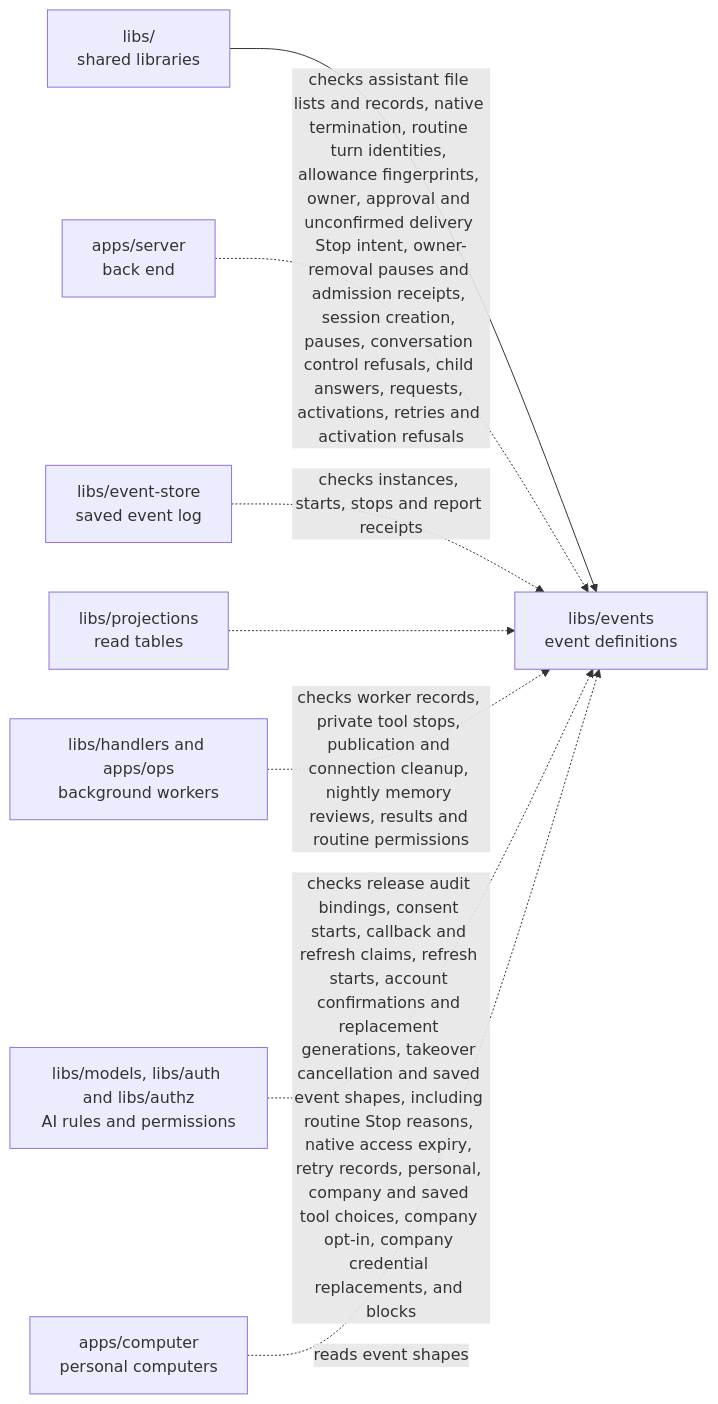
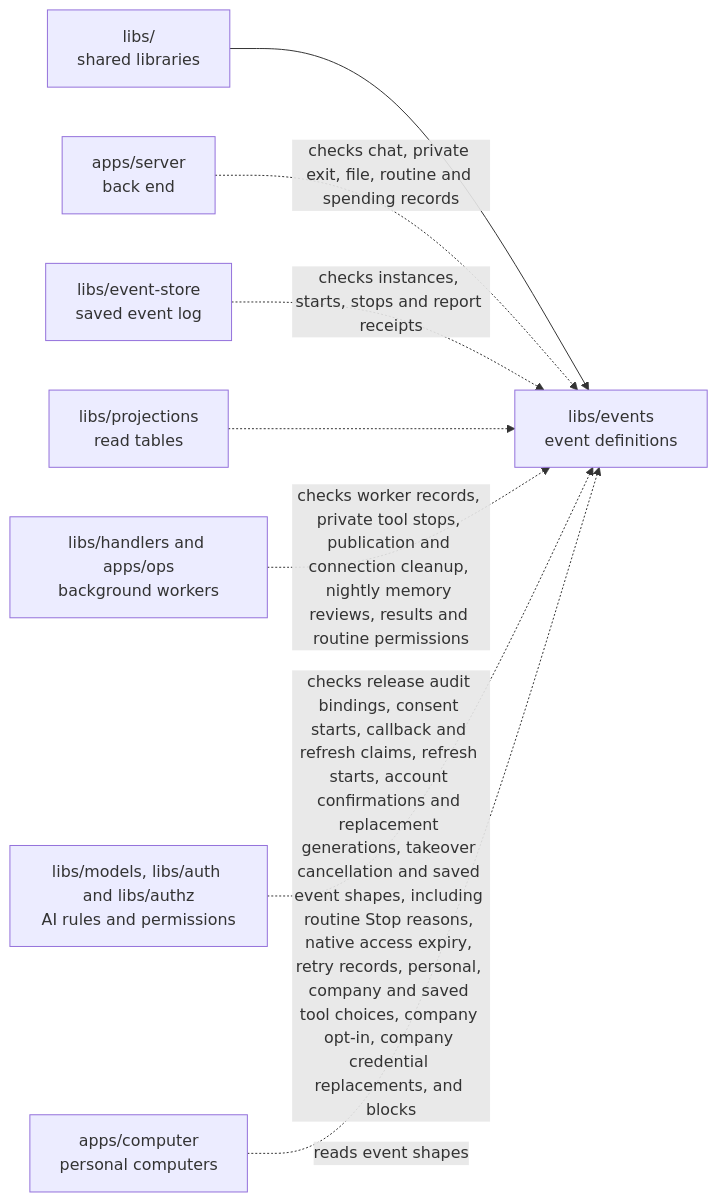
The diagram in libs/events/README.md (elewa-git/opencrane-new), drawn with Mermaid before and after one commit. The commit also changed other lines of this file and 30 other files, not shown here.

Commit message:
🧹 Reconcile closed private turns after process exit

````diff
--- a/libs/events/README.md
+++ b/libs/events/README.md
@@ -48,10 +50,10 @@
 ```mermaid
 flowchart LR
   parent["libs/<br/>shared libraries"] --> events["libs/events<br/>event definitions"]
-  server["apps/server<br/>back end"] -.->|checks assistant file lists and records, native termination, routine turn identities, allowance fingerprints, owner, approval and unconfirmed delivery Stop intent, owner-removal pauses and admission receipts, session creation, pauses, conversation control refusals, child answers, requests, activations, retries and activation refusals| events
+  server["apps/server<br/>back end"] -.->|checks chat, private exit, file, routine and spending records| events
   store["libs/event-store<br/>saved event log"] -.->|checks instances, starts, stops and report receipts| events
   projections["libs/projections<br/>read tables"] -.-> events
   workers["libs/handlers and apps/ops<br/>background workers"] -.->|checks worker records, private tool stops, publication and connection cleanup, nightly memory reviews, results and routine permissions| events
   models["libs/models, libs/auth and libs/authz<br/>AI rules and permissions"] -.->|checks release audit bindings, consent starts, callback and refresh claims, refresh starts, account confirmations and replacement generations, takeover cancellation and saved event shapes, including routine Stop reasons, native access expiry, retry records, personal, company and saved tool choices, company opt-in, company credential replacements, and blocks| events
   computer["apps/computer<br/>personal computers"] -.->|reads event shapes| events
 ```
````
